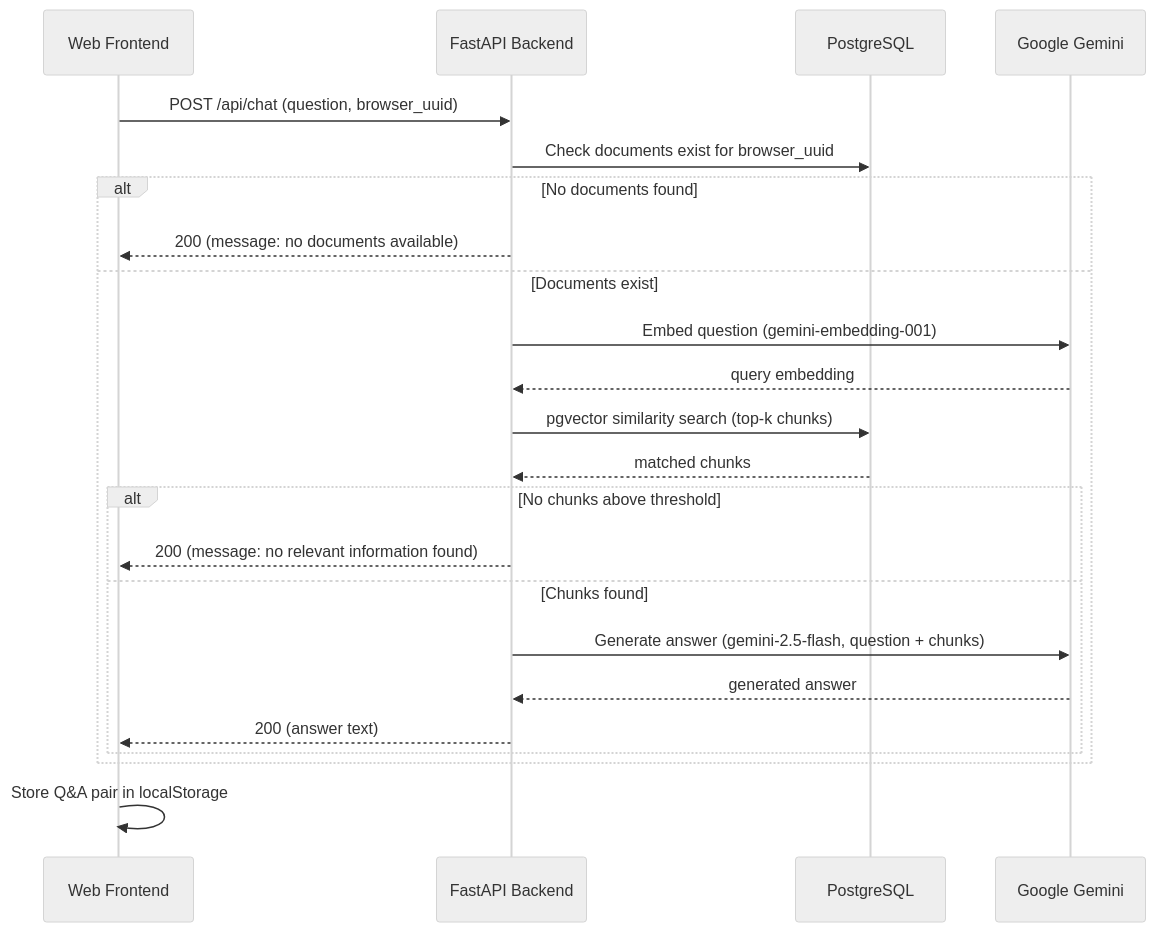
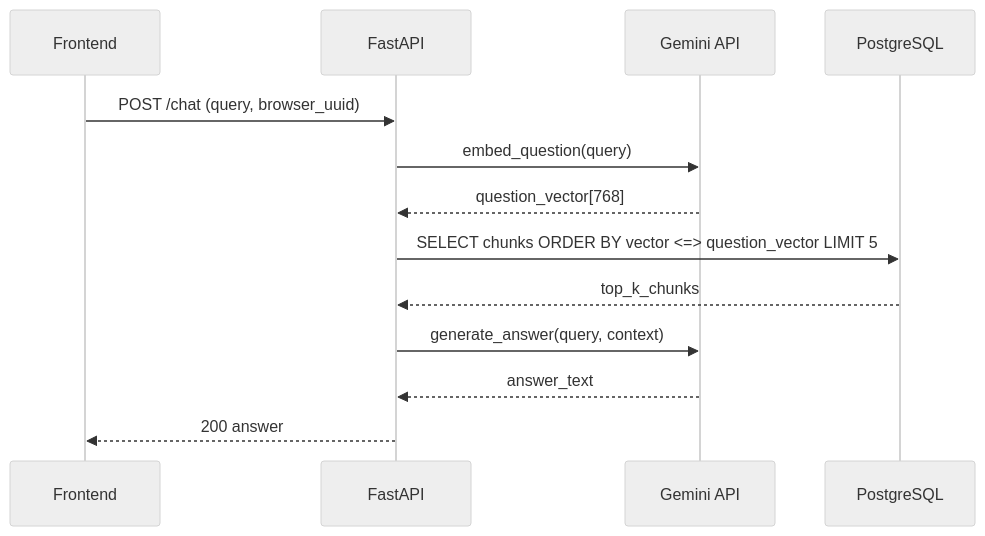
Before and after one commit to keshava-qourq/simple-rag-chatbot-without-login: the third of 5 diagrams in docs/sdlc/architecture/README.md, drawn with Mermaid (neutral theme). The commit also changed other lines of this file and 11 other files, not shown here.

````diff
--- a/docs/sdlc/architecture/README.md
+++ b/docs/sdlc/architecture/README.md
@@ -75,25 +256,15 @@
 ```mermaid
 sequenceDiagram
-  participant FE as Web Frontend
-  participant API as FastAPI Backend
+  participant FE as Frontend
+  participant API as FastAPI
+  participant GEM as Gemini API
   participant DB as PostgreSQL
-  participant GEM as Google Gemini
-  FE->>API: POST /api/chat (question, browser_uuid)
-  API->>DB: Check documents exist for browser_uuid
-  alt No documents found
-    API-->>FE: 200 (message: no documents available)
-  else Documents exist
-    API->>GEM: Embed question (gemini-embedding-001)
-    GEM-->>API: query embedding
-    API->>DB: pgvector similarity search (top-k chunks)
-    DB-->>API: matched chunks
-    alt No chunks above threshold
-      API-->>FE: 200 (message: no relevant information found)
-    else Chunks found
-      API->>GEM: Generate answer (gemini-2.5-flash, question + chunks)
-      GEM-->>API: generated answer
-      API-->>FE: 200 (answer text)
-    end
-  end
-  FE->>FE: Store Q&A pair in localStorage
+  FE->>API: POST /chat (query, browser_uuid)
+  API->>GEM: embed_question(query)
+  GEM-->>API: question_vector[768]
+  API->>DB: SELECT chunks ORDER BY vector <=> question_vector LIMIT 5
+  DB-->>API: top_k_chunks
+  API->>GEM: generate_answer(query, context)
+  GEM-->>API: answer_text
+  API-->>FE: 200 answer
 ```
````
